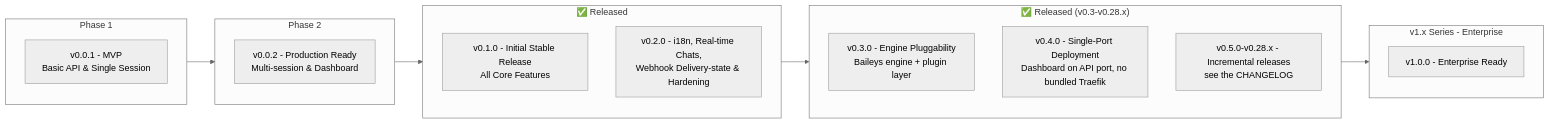
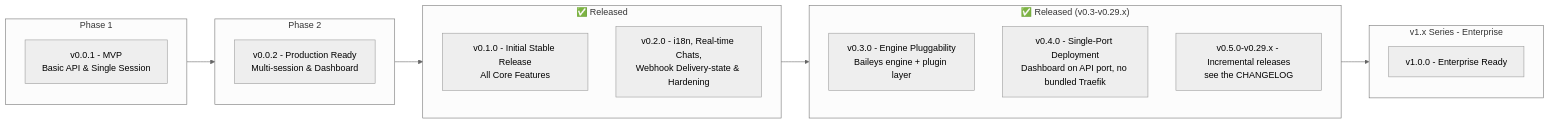
The sixth of 7 diagrams in docs/15-project-roadmap.md (rmyndharis/OpenWA), drawn with Mermaid (neutral theme) before and after one commit. The commit also changed other lines of this file and 6 other files, not shown here.

````diff
--- a/docs/15-project-roadmap.md
+++ b/docs/15-project-roadmap.md
@@ -517,27 +517,27 @@
 ```mermaid
 flowchart LR
     subgraph Phase1["Phase 1"]
         V001[v0.0.1 - MVP<br/>Basic API & Single Session]
     end
 
     subgraph Phase2["Phase 2"]
         V002[v0.0.2 - Production Ready<br/>Multi-session & Dashboard]
     end
 
     subgraph Stable["✅ Released"]
         V010[v0.1.0 - Initial Stable Release<br/>All Core Features]
         V020[v0.2.0 - i18n, Real-time Chats,<br/>Webhook Delivery-state & Hardening]
     end
 
-    subgraph v0.x["✅ Released (v0.3-v0.28.x)"]
+    subgraph v0.x["✅ Released (v0.3-v0.29.x)"]
         V030[v0.3.0 - Engine Pluggability<br/>Baileys engine + plugin layer]
         V040[v0.4.0 - Single-Port Deployment<br/>Dashboard on API port, no bundled Traefik]
-        V011[v0.5.0-v0.28.x - Incremental releases<br/>see the CHANGELOG]
+        V011[v0.5.0-v0.29.x - Incremental releases<br/>see the CHANGELOG]
     end
 
     subgraph v1.x["v1.x Series - Enterprise"]
         V10[v1.0.0 - Enterprise Ready]
     end
 
     Phase1 --> Phase2 --> Stable --> v0.x --> v1.x
 ```
````
